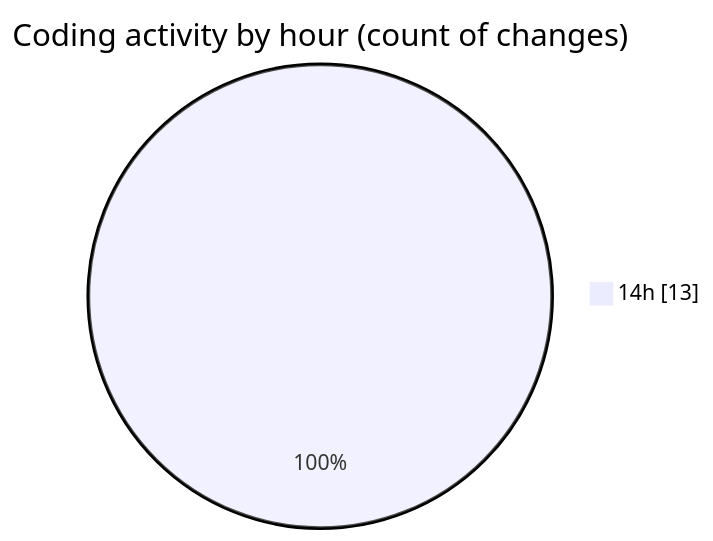
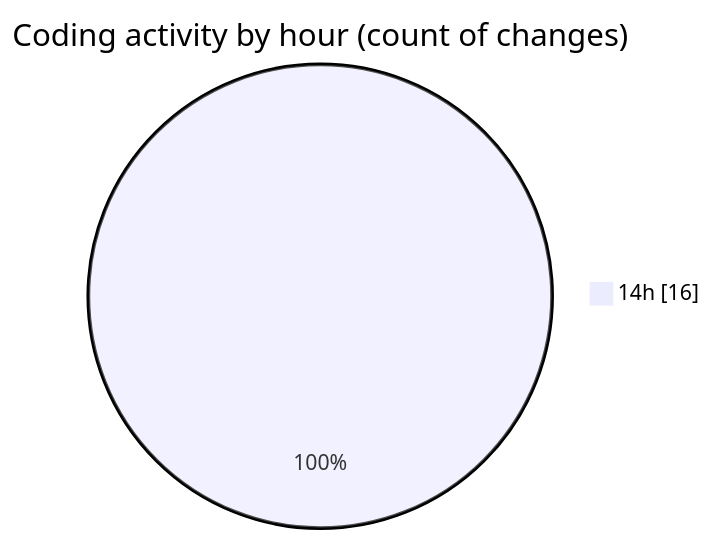
Before and after one commit to robertbonfada/code-tracking: the second of 2 diagrams in 2025-03-01/termonied_testador/README.md, drawn with Mermaid. The commit also changed other lines of this file and 1 other file, not shown here.

````diff
--- a/2025-03-01/termonied_testador/README.md
+++ b/2025-03-01/termonied_testador/README.md
@@ -35,5 +35,5 @@
 ```mermaid
 pie showData
 title Coding activity by hour (count of changes)
-"14h" : 13
+"14h" : 16
 ```
````
